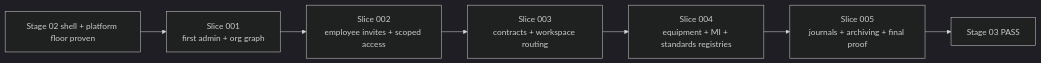
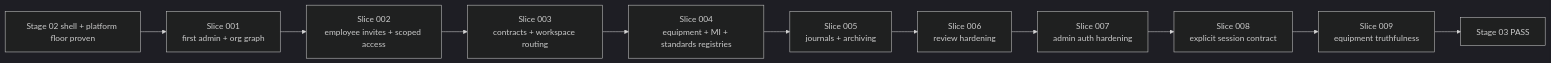
Before and after one commit to vrk-app/vrk: the diagram in .agent/stages/03-identity-master-data/stage_spec.md, drawn with Mermaid (dark theme). The commit also changed other lines of this file and 246 other files, not shown here.

First line of the commit message:
feat(app): finalize stage 03 identity auth flows

````diff
--- a/.agent/stages/03-identity-master-data/stage_spec.md
+++ b/.agent/stages/03-identity-master-data/stage_spec.md
@@ -79,9 +83,13 @@
 ```mermaid
 flowchart LR
     A["Stage 02 shell + platform floor proven"] --> B["Slice 001<br/>first admin + org graph"]
     B --> C["Slice 002<br/>employee invites + scoped access"]
     C --> D["Slice 003<br/>contracts + workspace routing"]
     D --> E["Slice 004<br/>equipment + MI + standards registries"]
-    E --> F["Slice 005<br/>journals + archiving + final proof"]
-    F --> G["Stage 03 PASS"]
+    E --> F["Slice 005<br/>journals + archiving"]
+    F --> G["Slice 006<br/>review hardening"]
+    G --> H["Slice 007<br/>admin auth hardening"]
+    H --> I["Slice 008<br/>explicit session contract"]
+    I --> J["Slice 009<br/>equipment truthfulness"]
+    J --> K["Stage 03 PASS"]
 ```
````
